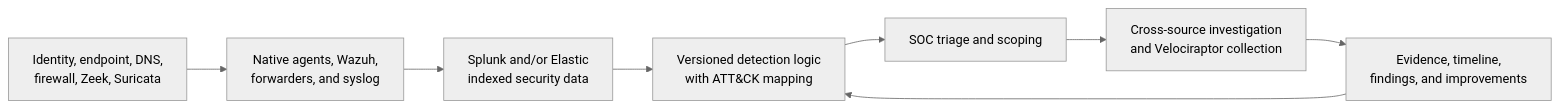
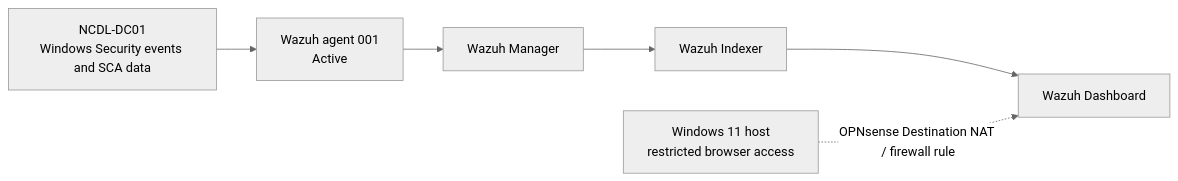
One commit to N1CYS/Norah-Cyber-Defense-Lab changed the second of 3 diagrams in docs/ARCHITECTURE.md. Above: the diagram before and after it, drawn with Mermaid (neutral theme). The commit also changed other lines of this file and 11 other files, not shown here.

````diff
--- a/docs/ARCHITECTURE.md
+++ b/docs/ARCHITECTURE.md
@@ -86,10 +42,12 @@
 ```mermaid
 flowchart LR
-    SOURCES["Identity, endpoint, DNS,<br/>firewall, Zeek, Suricata"] --> COLLECT["Native agents, Wazuh,<br/>forwarders, and syslog"]
-    COLLECT --> STORE["Splunk and/or Elastic<br/>indexed security data"]
-    STORE --> DETECT["Versioned detection logic<br/>with ATT&CK mapping"]
-    DETECT --> TRIAGE["SOC triage and scoping"]
-    TRIAGE --> HUNT["Cross-source investigation<br/>and Velociraptor collection"]
-    HUNT --> REPORT["Evidence, timeline,<br/>findings, and improvements"]
-    REPORT --> DETECT
+    WIN["NCDL-DC01<br/>Windows Security events and SCA data"]
+    AGENT["Wazuh agent 001<br/>Active"]
+    MANAGER["Wazuh Manager"]
+    INDEXER["Wazuh Indexer"]
+    DASH["Wazuh Dashboard"]
+    ANALYST["Windows 11 host<br/>restricted browser access"]
+
+    WIN --> AGENT --> MANAGER --> INDEXER --> DASH
+    ANALYST -. "OPNsense Destination NAT / firewall rule" .-> DASH
 ```
````
